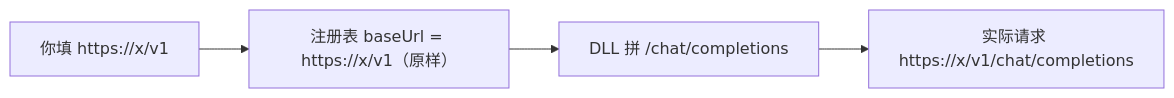
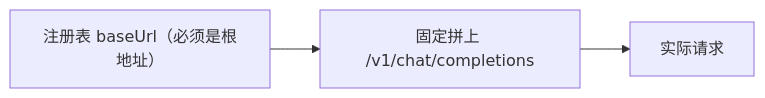
The diagram in README.md (nuoyafz/Proteus-ProteusAI-Unlock), drawn with Mermaid before and after one commit. The commit also changed other lines of this file and 2 other files, not shown here.

Commit message:
fix(v2.1): 修正 URL 拼装——注册表存根地址 + DLL 后缀自愈回 /v1/chat/completions；标题强制写死；真机验证 HTTP 200

````diff
--- a/README.md
+++ b/README.md
@@ -149,6 +148,5 @@
 ```mermaid
 flowchart LR
-    A["你填 https://x/v1"] --> B["注册表 baseUrl = https://x/v1（原样）"]
-    B --> C["DLL 拼 /chat/completions"]
-    C --> D["实际请求 https://x/v1/chat/completions"]
+    A["注册表 baseUrl（必须是根地址）"] --> B["固定拼上 /v1/chat/completions"]
+    B --> C["实际请求"]
 ```
````
